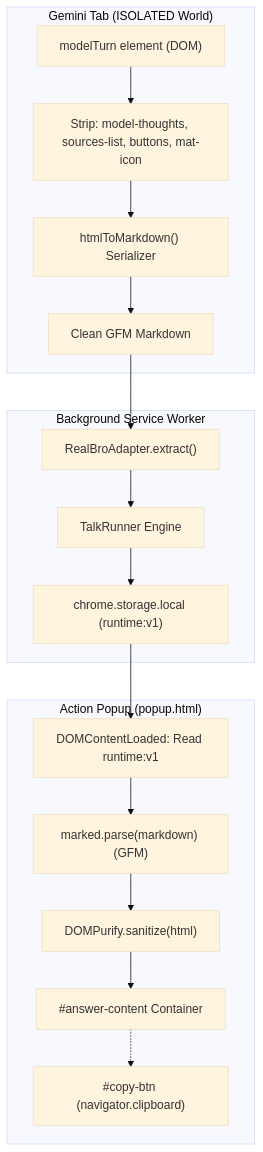
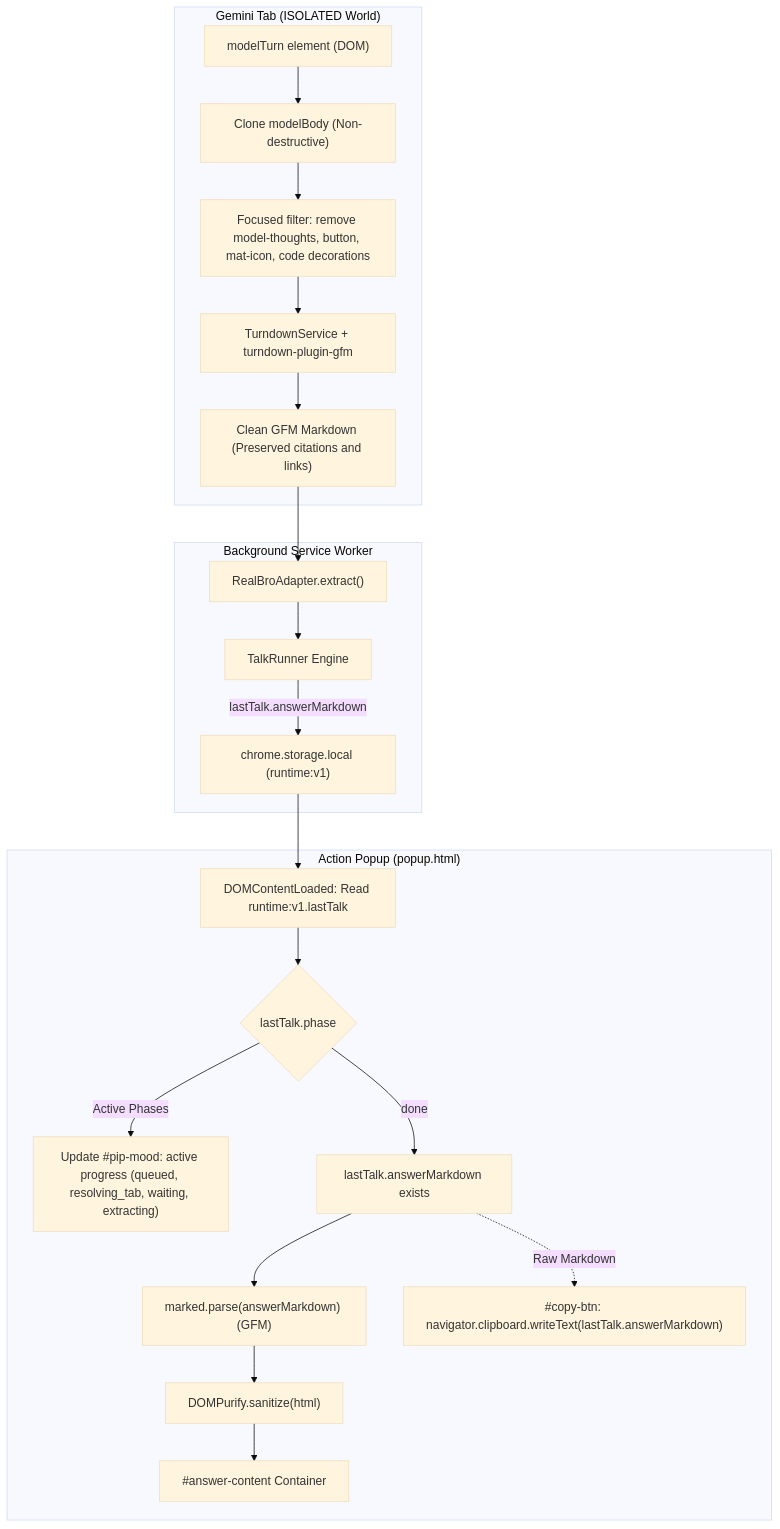
One commit to EasonPai/talk-to-bro changed the diagram in docs/plans/2026-10-29-m4-html-to-markdown-extraction-and-popup-answer-render.md. Above: the diagram before and after it, drawn with Mermaid (base theme). The commit also changed other lines of this file and 2 other files, not shown here.

````diff
--- a/docs/plans/2026-10-29-m4-html-to-markdown-extraction-and-popup-answer-render.md
+++ b/docs/plans/2026-10-29-m4-html-to-markdown-extraction-and-popup-answer-render.md
@@ -38,34 +54,42 @@
 ```mermaid
 flowchart TD
-  subgraph BrowserContentScript["Gemini Tab (ISOLATED World)"]
+  subgraph ContentScript["Gemini Tab (ISOLATED World)"]
     ModelBody["modelTurn element (DOM)"]
-    NoiseFilter["Strip: model-thoughts, sources-list, buttons, mat-icon"]
-    HtmlToMd["htmlToMarkdown() Serializer"]
-    CleanMd["Clean GFM Markdown"]
-    ModelBody --> NoiseFilter
-    NoiseFilter --> HtmlToMd
-    HtmlToMd --> CleanMd
+    CloneNode["Clone modelBody (Non-destructive)"]
+    NoiseFilter["Focused filter: remove model-thoughts, button, mat-icon, code decorations"]
+    TurndownGfm["TurndownService + turndown-plugin-gfm"]
+    CleanMd["Clean GFM Markdown (Preserved citations and links)"]
+    ModelBody --> CloneNode
+    CloneNode --> NoiseFilter
+    NoiseFilter --> TurndownGfm
+    TurndownGfm --> CleanMd
   end
 
   subgraph ServiceWorker["Background Service Worker"]
     Runner["TalkRunner Engine"]
     ExtractAction["RealBroAdapter.extract()"]
     StorageLocal["chrome.storage.local (runtime:v1)"]
     CleanMd --> ExtractAction
     ExtractAction --> Runner
-    Runner --> StorageLocal
+    Runner -->|lastTalk.answerMarkdown| StorageLocal
   end
 
   subgraph ActionPopup["Action Popup (popup.html)"]
-    Restore["DOMContentLoaded: Read runtime:v1"]
-    Marked["marked.parse(markdown) (GFM)"]
+    Restore["DOMContentLoaded: Read runtime:v1.lastTalk"]
+    CheckPhase{"lastTalk.phase"}
+    ActiveState["Update #pip-mood: active progress (queued, resolving_tab, waiting, extracting)"]
+    DoneState["lastTalk.answerMarkdown exists"]
+    Marked["marked.parse(answerMarkdown) (GFM)"]
     DOMPurify["DOMPurify.sanitize(html)"]
     RenderDOM["#answer-content Container"]
-    CopyBtn["#copy-btn (navigator.clipboard)"]
+    CopyBtn["#copy-btn: navigator.clipboard.writeText(lastTalk.answerMarkdown)"]
     StorageLocal --> Restore
-    Restore --> Marked
+    Restore --> CheckPhase
+    CheckPhase -->|Active Phases| ActiveState
+    CheckPhase -->|done| DoneState
+    DoneState --> Marked
     Marked --> DOMPurify
     DOMPurify --> RenderDOM
-    RenderDOM -.-> CopyBtn
+    DoneState -.->|Raw Markdown| CopyBtn
   end
 ```
````
